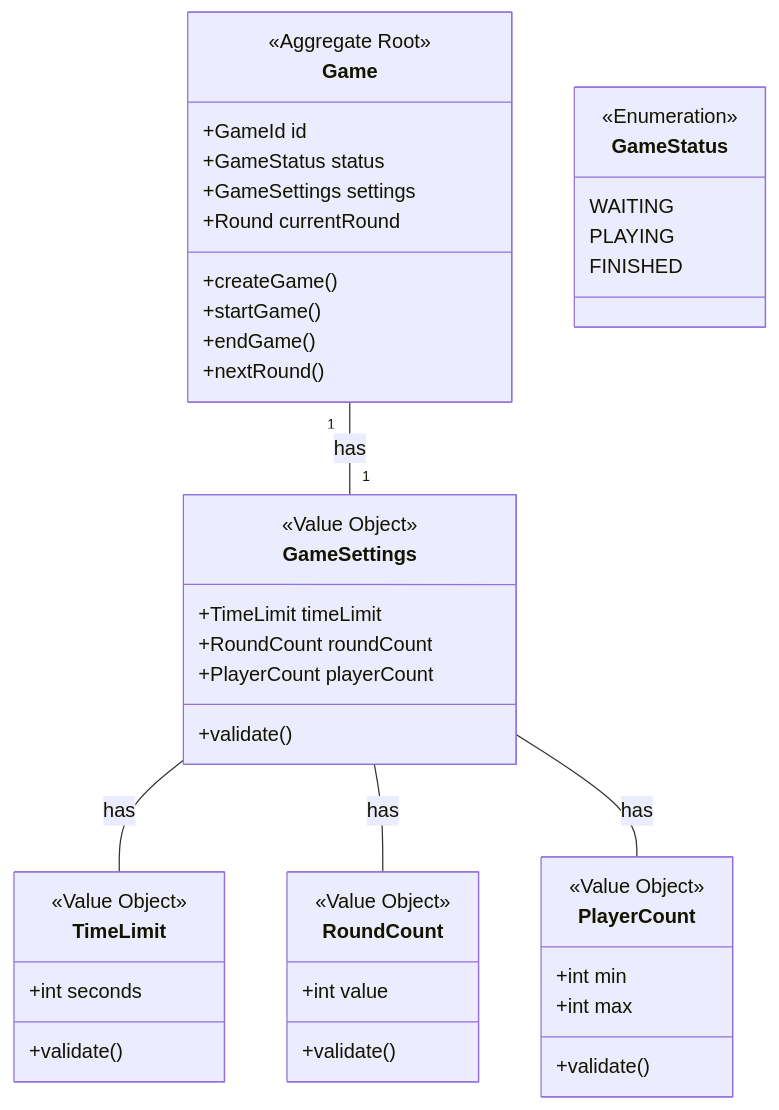
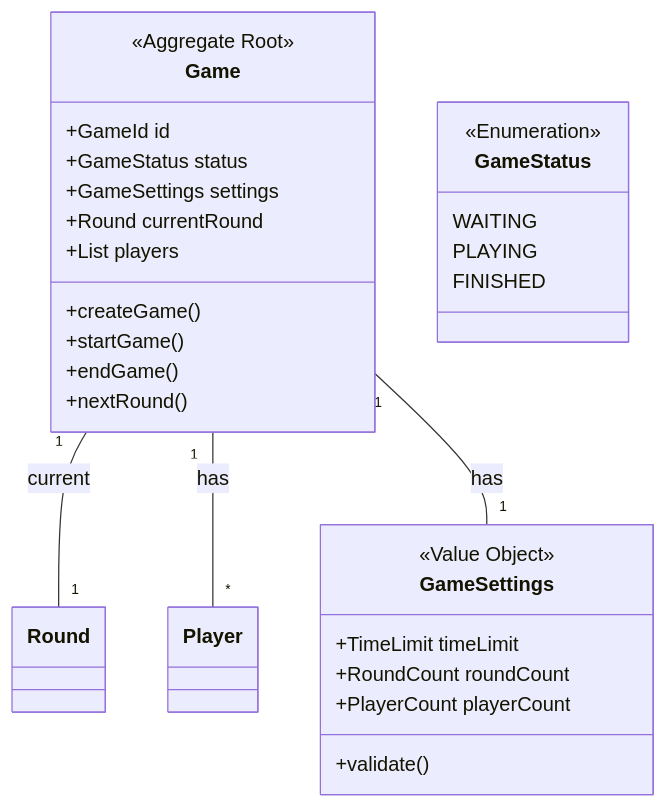
Before and after one commit to otonowa-naka/esiritori: the second of 7 diagrams in design/domain-model.md, drawn with Mermaid. The commit also changed other lines of this file and 2 other files, not shown here.

````diff
--- a/design/domain-model.md
+++ b/design/domain-model.md
@@ -137,53 +106,34 @@
 ```mermaid
 classDiagram
     class Game {
         <<Aggregate Root>>
         +GameId id
         +GameStatus status
         +GameSettings settings
         +Round currentRound
+        +List<Player> players
         +createGame()
         +startGame()
         +endGame()
         +nextRound()
     }
 
     class GameSettings {
         <<Value Object>>
         +TimeLimit timeLimit
         +RoundCount roundCount
         +PlayerCount playerCount
         +validate()
     }
 
-    class TimeLimit {
-        <<Value Object>>
-        +int seconds
-        +validate()
-    }
-
-    class RoundCount {
-        <<Value Object>>
-        +int value
-        +validate()
-    }
-
-    class PlayerCount {
-        <<Value Object>>
-        +int min
-        +int max
-        +validate()
-    }
-
     class GameStatus {
         <<Enumeration>>
         WAITING
         PLAYING
         FINISHED
     }
 
+    Game "1" -- "1" Round : current
+    Game "1" -- "*" Player : has
     Game "1" -- "1" GameSettings : has
-    GameSettings -- TimeLimit : has
-    GameSettings -- RoundCount : has
-    GameSettings -- PlayerCount : has
 ```
````
